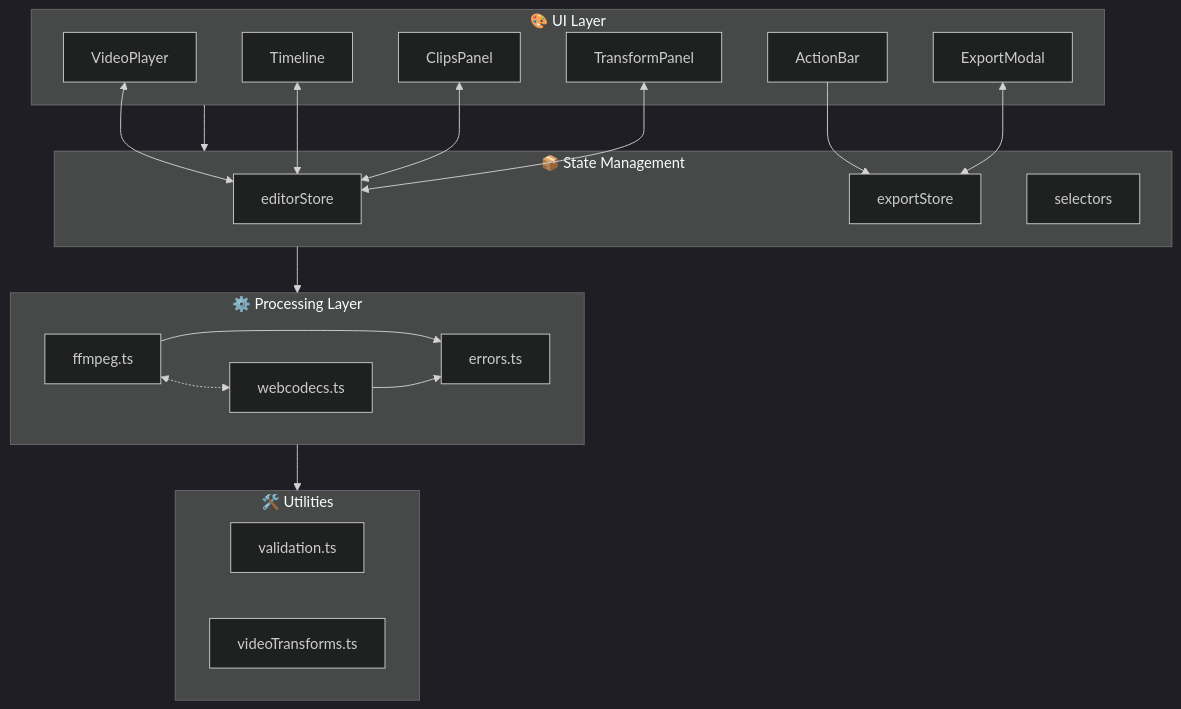
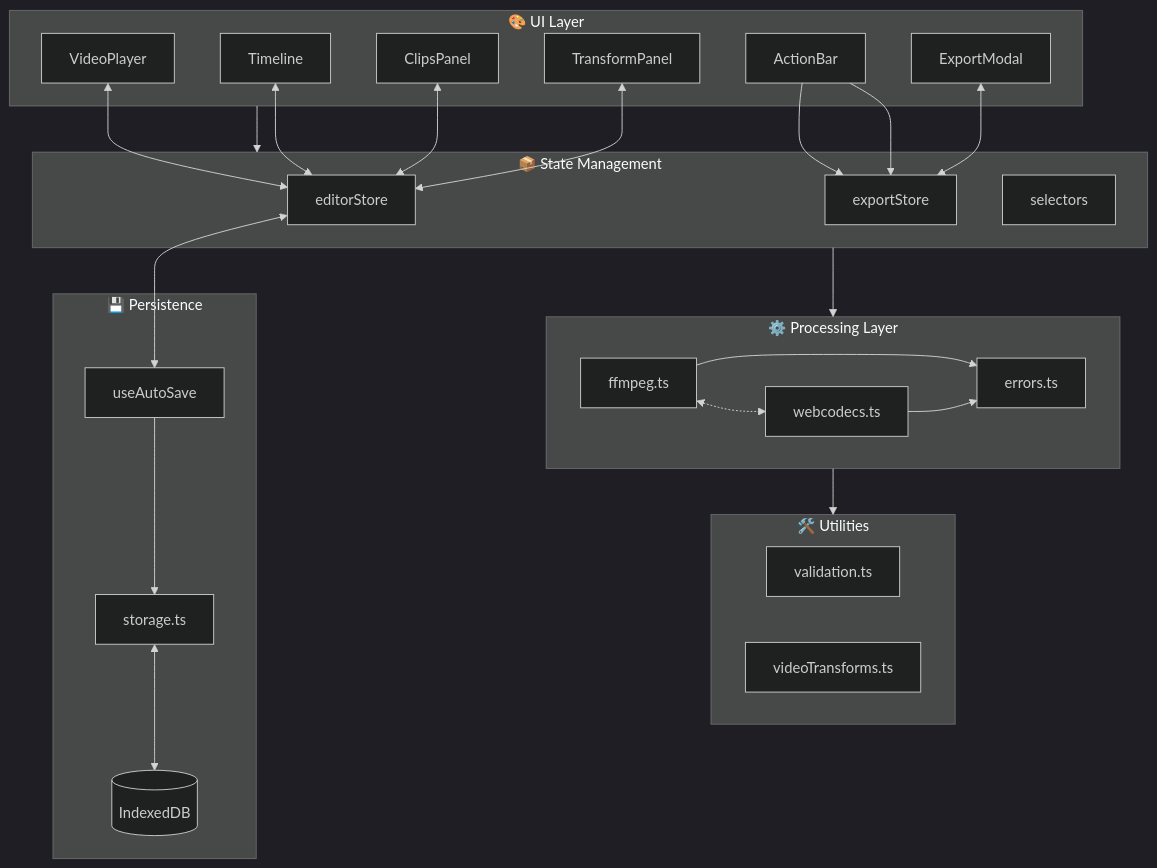
One commit to kidahatsu/vedit changed the first of 7 diagrams in docs/ARCHITECTURE.md. Above: the diagram before and after it, drawn with Mermaid (dark theme). The commit also changed other lines of this file and 22 other files, not shown here.

````diff
--- a/docs/ARCHITECTURE.md
+++ b/docs/ARCHITECTURE.md
@@ -9,43 +9,54 @@
 ```mermaid
 graph TB
     subgraph UI["🎨 UI Layer"]
         VP[VideoPlayer]
         TL[Timeline]
         CP[ClipsPanel]
         TP[TransformPanel]
         AB[ActionBar]
         EM[ExportModal]
     end
     
     subgraph State["📦 State Management"]
         ES[editorStore]
         XS[exportStore]
         SEL[selectors]
     end
     
     subgraph Processing["⚙️ Processing Layer"]
         FF[ffmpeg.ts]
         WC[webcodecs.ts]
         ERR[errors.ts]
     end
+
+    subgraph Storage["💾 Persistence"]
+        DB[(IndexedDB)]
+        ST[storage.ts]
+        AS[useAutoSave]
+    end
     
     subgraph Utils["🛠️ Utilities"]
         VAL[validation.ts]
         VT[videoTransforms.ts]
     end
     
     UI --> State
     State --> Processing
     Processing --> Utils
     
     VP <--> ES
     TL <--> ES
     CP <--> ES
     TP <--> ES
     AB --> XS
+    AB --> XS
     EM <--> XS
+
+    ES <--> AS
+    AS --> ST
+    ST <--> DB
     
     FF --> ERR
     WC --> ERR
     FF <-.-> WC
 ```
````
